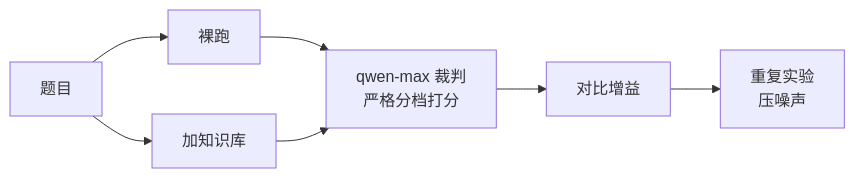
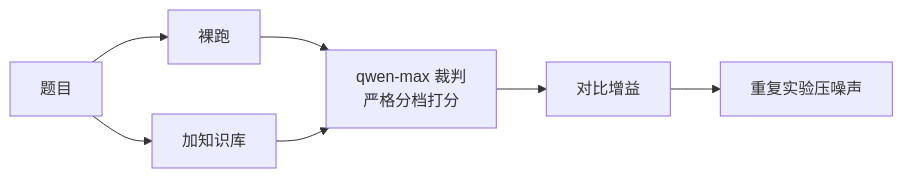
The fourth of 8 diagrams in README.md (Baixiaodou/comm-knowledge-graph), drawn with Mermaid before and after one commit. The commit also changed other lines of this file and 1 other file, not shown here.

````diff
--- a/README.md
+++ b/README.md
@@ -448,9 +306,9 @@
 ```mermaid
 flowchart LR
     Q["题目"] --> RAW["裸跑"]
     Q --> KB["加知识库"]
     RAW --> J["qwen-max 裁判<br/>严格分档打分"]
     KB --> J
     J --> G["对比增益"]
-    G --> R["重复实验<br/>压噪声"]
+    G --> R["重复实验压噪声"]
 ```
````
